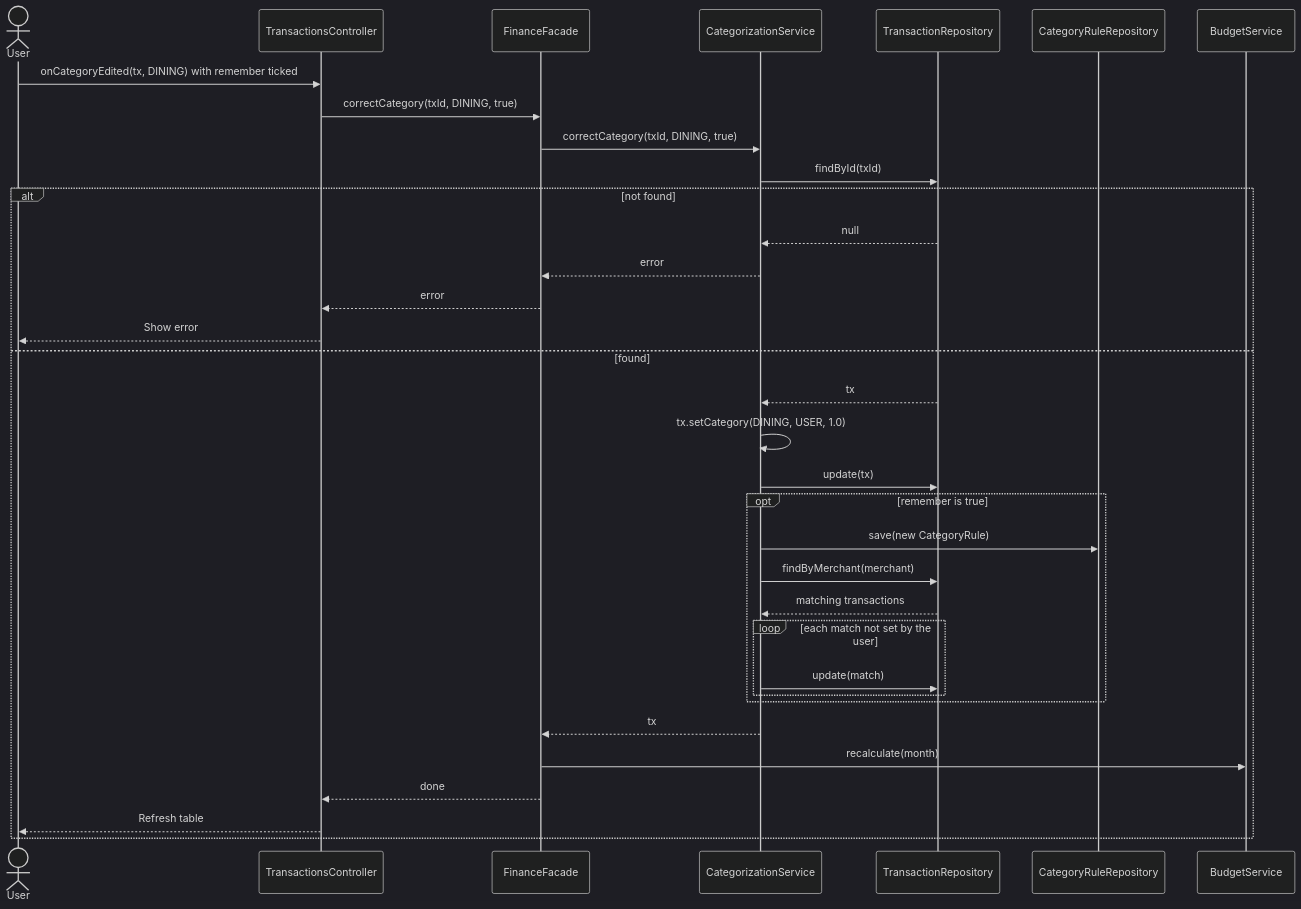
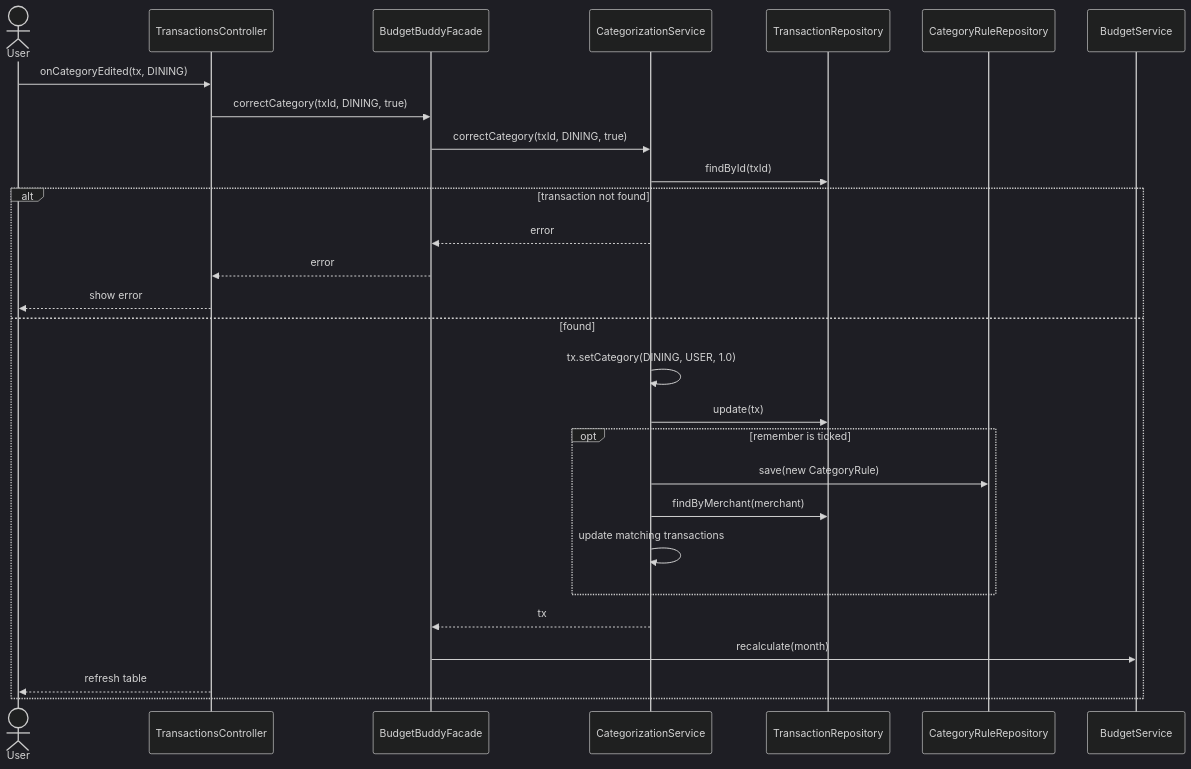
One commit to Abdi238/EECS3311-course-project changed the seventh of 11 diagrams in docs/Stage1_Report.md. Above: the diagram before and after it, drawn with Mermaid (dark theme). The commit also changed other lines of this file, not shown here.

````diff
--- a/docs/Stage1_Report.md
+++ b/docs/Stage1_Report.md
@@ -1097,37 +913,30 @@
 ```mermaid
 sequenceDiagram
     actor U as User
     participant TC as TransactionsController
-    participant F as FinanceFacade
+    participant F as BudgetBuddyFacade
     participant CS as CategorizationService
     participant TR as TransactionRepository
     participant RR as CategoryRuleRepository
     participant BS as BudgetService
-
-    U->>TC: onCategoryEdited(tx, DINING) with remember ticked
+    U->>TC: onCategoryEdited(tx, DINING)
     TC->>F: correctCategory(txId, DINING, true)
     F->>CS: correctCategory(txId, DINING, true)
     CS->>TR: findById(txId)
-    alt not found
-        TR-->>CS: null
+    alt transaction not found
         CS-->>F: error
         F-->>TC: error
-        TC-->>U: Show error
+        TC-->>U: show error
     else found
-        TR-->>CS: tx
         CS->>CS: tx.setCategory(DINING, USER, 1.0)
         CS->>TR: update(tx)
-        opt remember is true
+        opt remember is ticked
             CS->>RR: save(new CategoryRule)
             CS->>TR: findByMerchant(merchant)
-            TR-->>CS: matching transactions
-            loop each match not set by the user
-                CS->>TR: update(match)
-            end
+            CS->>CS: update matching transactions
         end
         CS-->>F: tx
         F->>BS: recalculate(month)
-        F-->>TC: done
-        TC-->>U: Refresh table
+        TC-->>U: refresh table
     end
 ```
````
